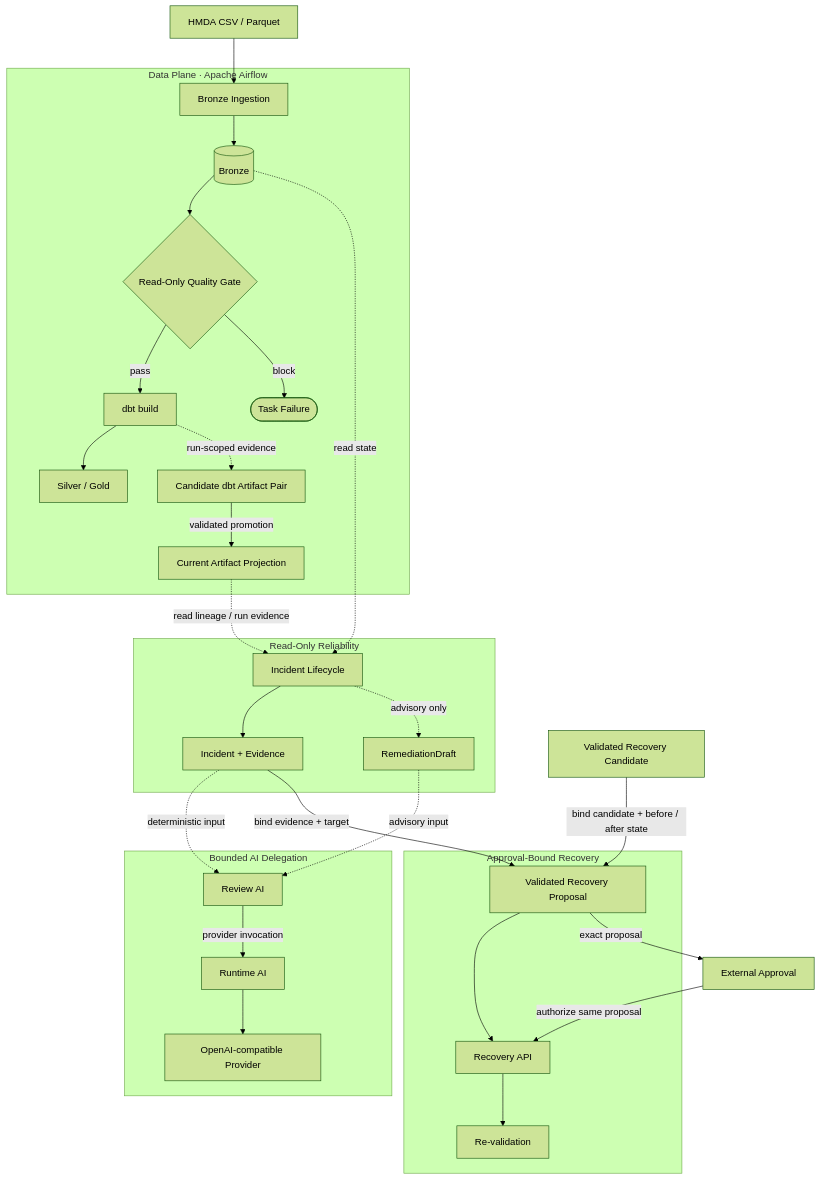
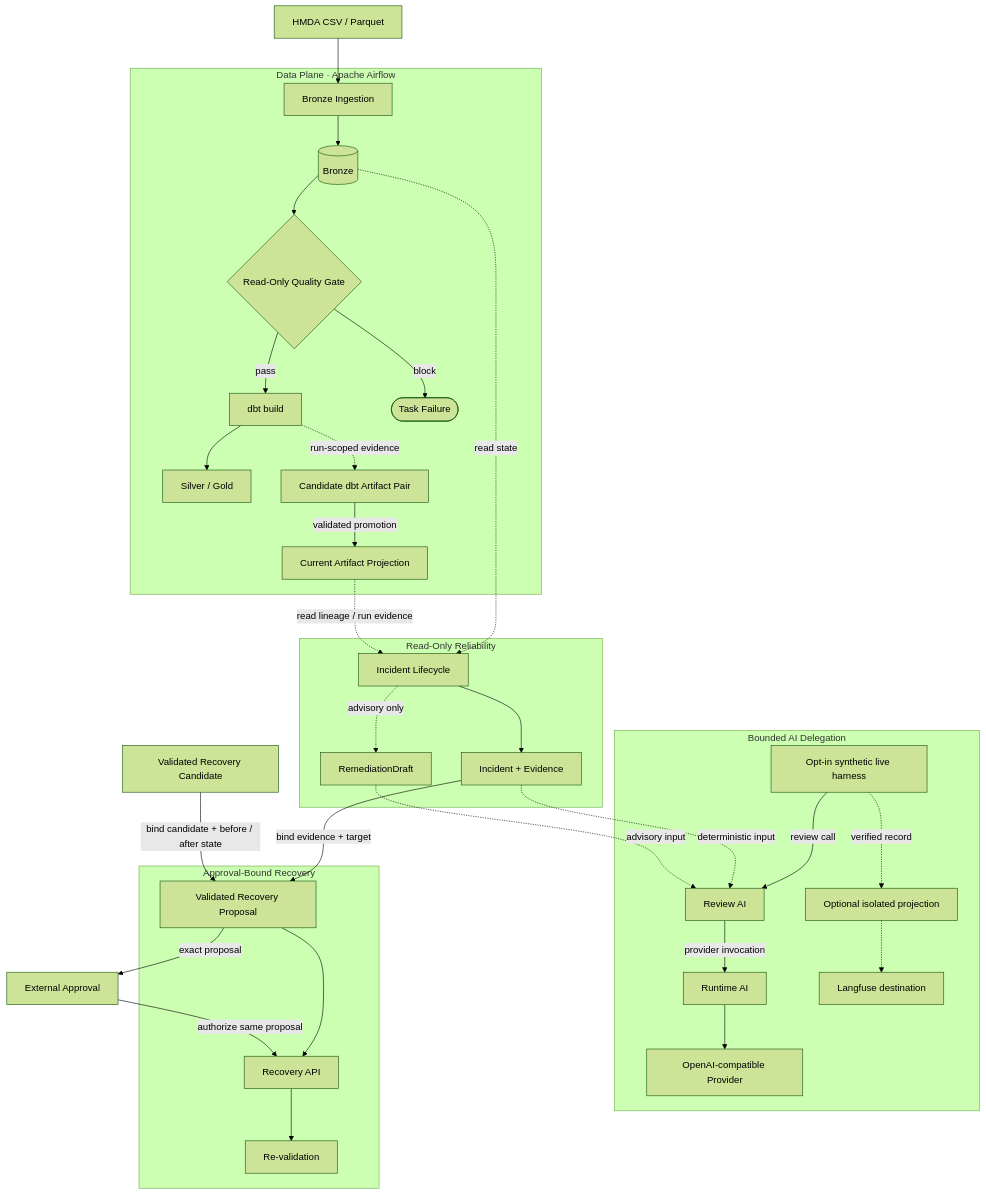
The diagram in docs/ARCHITECTURE.md (mols3131d/hmda-data-reliability), drawn with Mermaid (forest theme) before and after one commit. The commit also changed other lines of this file and 1 other file, not shown here.

Commit message:
docs(review-ai): document optional Langfuse boundary

````diff
--- a/docs/ARCHITECTURE.md
+++ b/docs/ARCHITECTURE.md
@@ -26,37 +26,40 @@
 ```mermaid
 flowchart TB
     files["HMDA CSV / Parquet"]
 
     subgraph data_plane ["Data Plane · Apache Airflow"]
         ingest["Bronze Ingestion"] --> bronze[("Bronze")]
         bronze --> gate{"Read-Only Quality Gate"}
         gate -->|pass| dbt["dbt build"] --> analytics["Silver / Gold"]
         gate -->|block| failed(["Task Failure"])
         dbt -.->|run-scoped evidence| candidate_artifacts["Candidate dbt Artifact Pair"]
         candidate_artifacts -->|validated promotion| current_artifacts["Current Artifact Projection"]
     end
 
     subgraph analysis_plane ["Read-Only Reliability"]
         lifecycle["Incident Lifecycle"] --> incident["Incident + Evidence"]
         lifecycle -.->|advisory only| draft["RemediationDraft"]
     end
 
     subgraph ai_plane ["Bounded AI Delegation"]
-        review["Review AI"] -->|provider invocation| runtime["Runtime AI"]
+        live_harness["Opt-in synthetic live harness"] -->|review call| review["Review AI"]
+        review -->|provider invocation| runtime["Runtime AI"]
         runtime --> provider["OpenAI-compatible Provider"]
+        live_harness -.->|verified record| projection["Optional isolated projection"]
+        projection -.-> langfuse["Langfuse destination"]
     end
 
     subgraph recovery_plane ["Approval-Bound Recovery"]
         proposal["Validated Recovery Proposal"] --> recovery["Recovery API"] --> verify["Re-validation"]
     end
 
     files --> ingest
     bronze -.->|read state| lifecycle
     current_artifacts -.->|read lineage / run evidence| lifecycle
     incident -.->|deterministic input| review
     draft -.->|advisory input| review
     incident -->|bind evidence + target| proposal
     recovery_candidate["Validated Recovery Candidate"] -->|bind candidate + before / after state| proposal
     proposal -->|exact proposal| approval["External Approval"]
     approval -->|authorize same proposal| recovery
 ```
````
